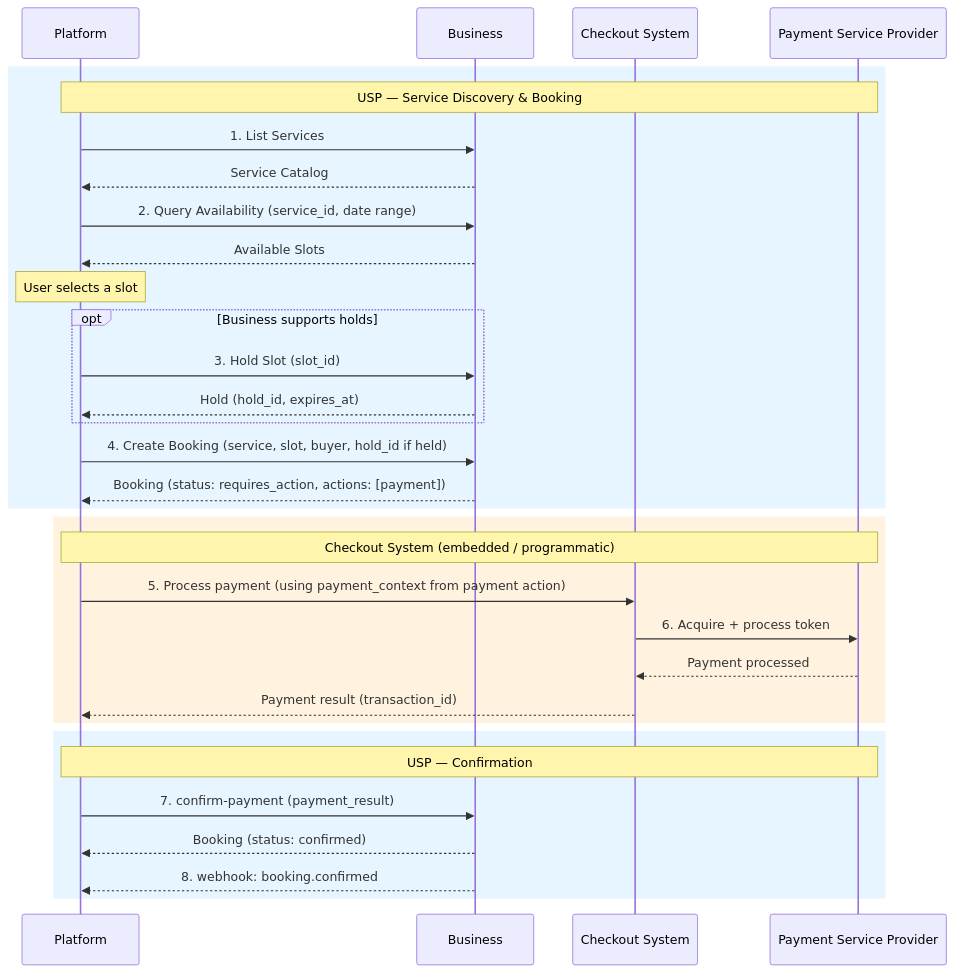
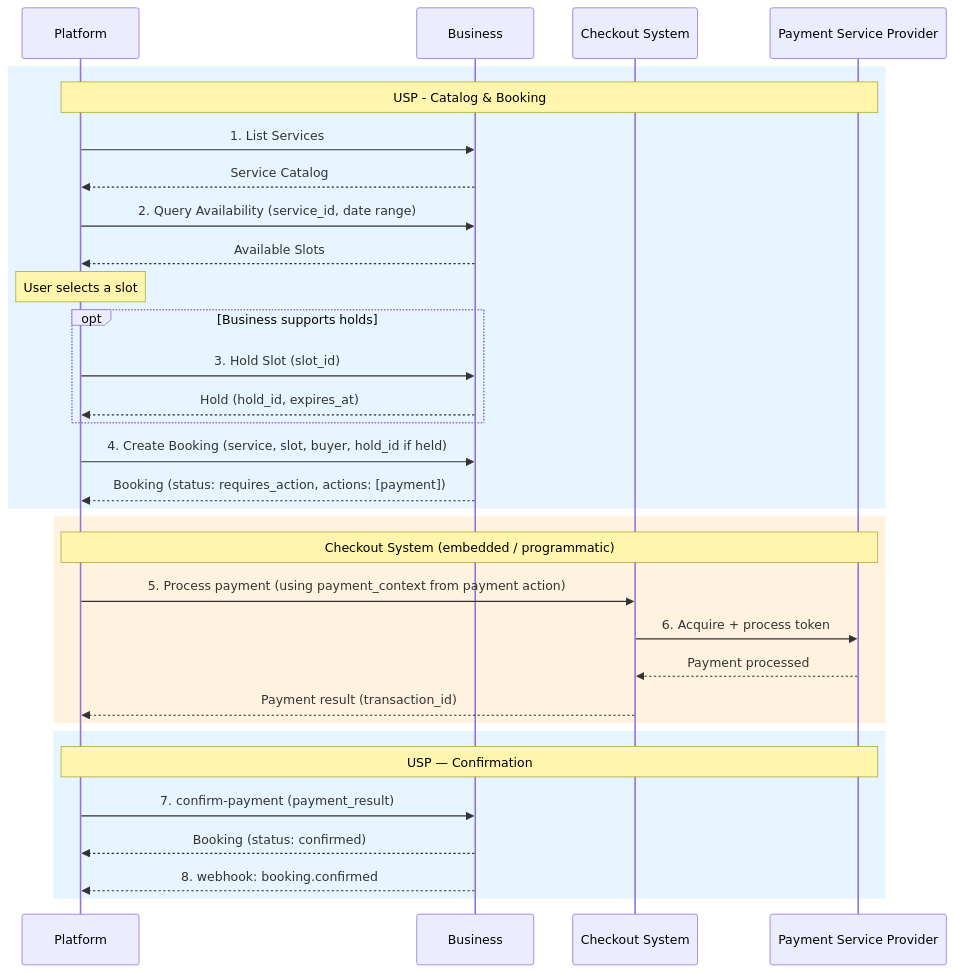
Before and after one commit to wix/universal-scheduling-protocol: the sixth of 7 diagrams in site-docs/deployment-modes/standalone.md, drawn with Mermaid. The commit also changed other lines of this file and 8 other files, not shown here.

````diff
--- a/site-docs/deployment-modes/standalone.md
+++ b/site-docs/deployment-modes/standalone.md
@@ -506,37 +510,37 @@
 ```mermaid
 sequenceDiagram
     participant P as Platform
     participant B as Business
     participant CS as Checkout System
     participant PSP as Payment Service Provider
 
     rect rgb(230, 245, 255)
-    Note over P,PSP: USP — Service Discovery & Booking
+    Note over P,PSP: USP - Catalog & Booking
     P->>B: 1. List Services
     B-->>P: Service Catalog
     P->>B: 2. Query Availability (service_id, date range)
     B-->>P: Available Slots
     Note over P: User selects a slot
     opt Business supports holds
     P->>B: 3. Hold Slot (slot_id)
     B-->>P: Hold (hold_id, expires_at)
     end
     P->>B: 4. Create Booking (service, slot, buyer, hold_id if held)
     B-->>P: Booking (status: requires_action, actions: [payment])
     end
 
     rect rgb(255, 243, 224)
     Note over P,PSP: Checkout System (embedded / programmatic)
     P->>CS: 5. Process payment (using payment_context from payment action)
     CS->>PSP: 6. Acquire + process token
     PSP-->>CS: Payment processed
     CS-->>P: Payment result (transaction_id)
     end
 
     rect rgb(230, 245, 255)
     Note over P,PSP: USP — Confirmation
     P->>B: 7. confirm-payment (payment_result)
     B-->>P: Booking (status: confirmed)
     B-->>P: 8. webhook: booking.confirmed
     end
 ```
````
